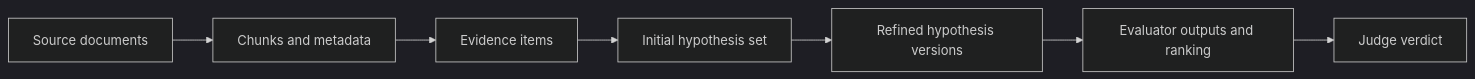
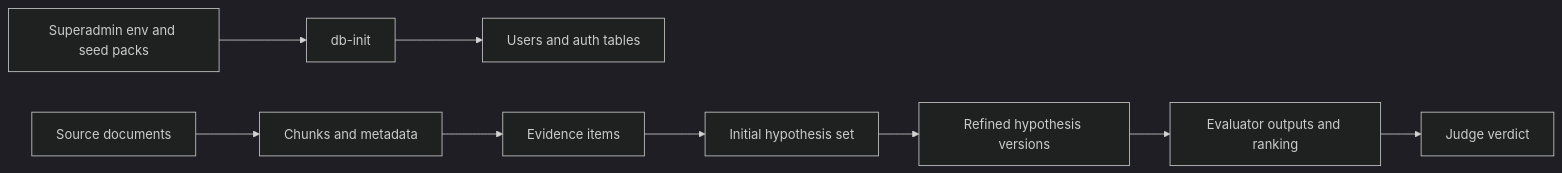
The second of 2 diagrams in docs/architecture/02-System-Architecture.md (KroJIak/hypothesis-court), drawn with Mermaid (dark theme) before and after one commit. The commit also changed other lines of this file and 13 other files, not shown here.

First line of the commit message:
Refactor architecture documentation: reorganize backend and database sections, enhance clarity and detail

````diff
--- a/docs/architecture/02-System-Architecture.md
+++ b/docs/architecture/02-System-Architecture.md
@@ -88,9 +103,11 @@
 ```mermaid
 flowchart LR
+    A0[Superadmin env and seed packs] --> A1[db-init]
+    A1 --> A2[Users and auth tables]
     A[Source documents] --> B[Chunks and metadata]
     B --> C[Evidence items]
     C --> D[Initial hypothesis set]
     D --> E[Refined hypothesis versions]
     E --> F[Evaluator outputs and ranking]
     F --> G[Judge verdict]
 ```
````
